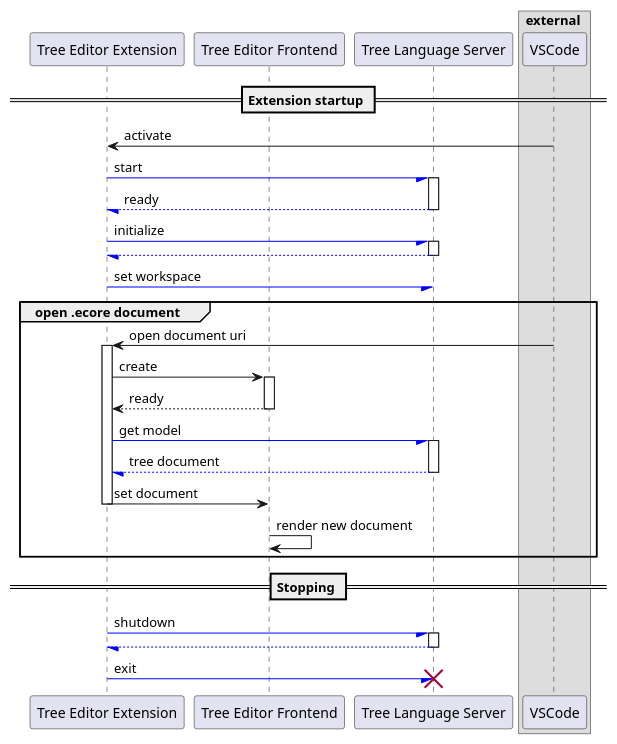
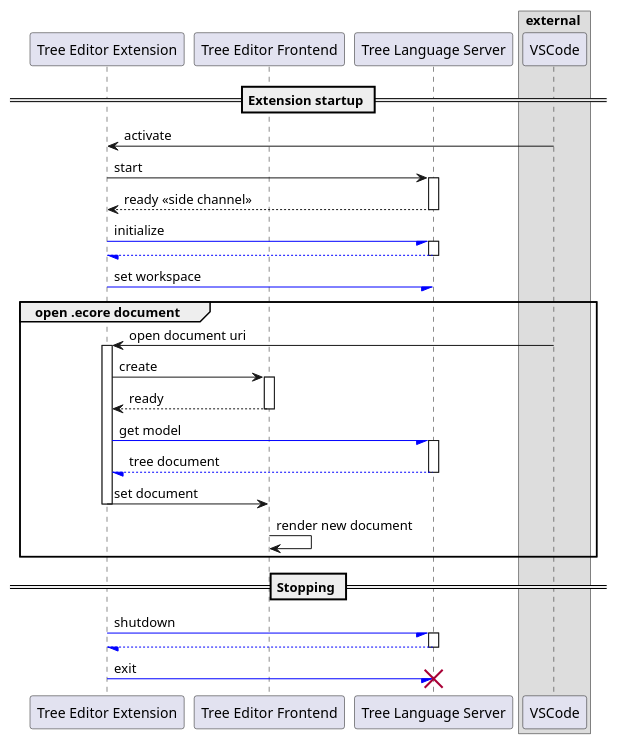
Before and after one commit to krissrex/tdt4900-master-thesis-cloud-modeling-latex: the first of 4 diagrams in figures/protocol.sequence.puml, drawn with PlantUML. The commit also changed 6 other files, not shown here.

```diff
--- a/figures/protocol.sequence.puml
+++ b/figures/protocol.sequence.puml
@@ -1,41 +1,41 @@
 @startuml Protocol_startstop_sequence
 
 participant "Tree Editor Extension" as ext
 participant "Tree Editor Frontend" as frontend
 participant "Tree Language Server" as server
 box external #DDDDDD
   participant VSCode as vscode
 end box
 
 == Extension startup ==
 
 ext <- vscode : activate
-ext -[#blue]/ server ++ : start
-return ready
+ext -> server ++ : start
+return ready << side channel >>
 
 ext -[#blue]/ server ++ : initialize
 return
 ext -[#blue]/ server : set workspace
 
 group open .ecore document
   ext <- vscode ++ : open document uri
   
   ext -> frontend ++ : create
   return ready
   
   ext -[#blue]/ server ++ : get model
   return tree document
 
   ext -> frontend: set document
   deactivate
   
   frontend -> frontend : render new document
 end
 
 == Stopping ==
 ext -[#blue]/ server ++ : shutdown
 return
 ext -[#blue]/ server : exit
 destroy server
 
 @enduml
```
